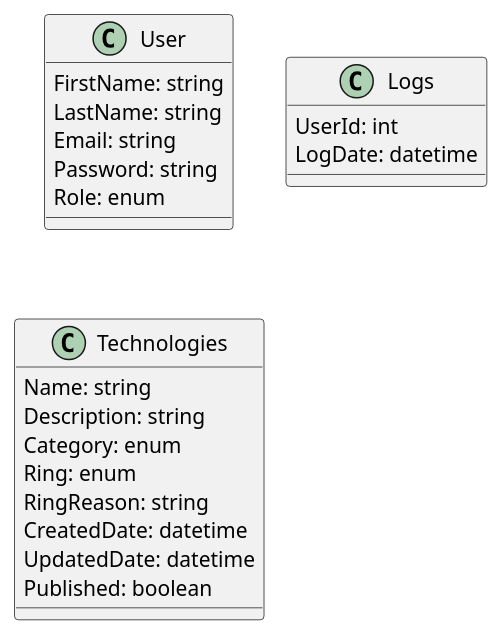
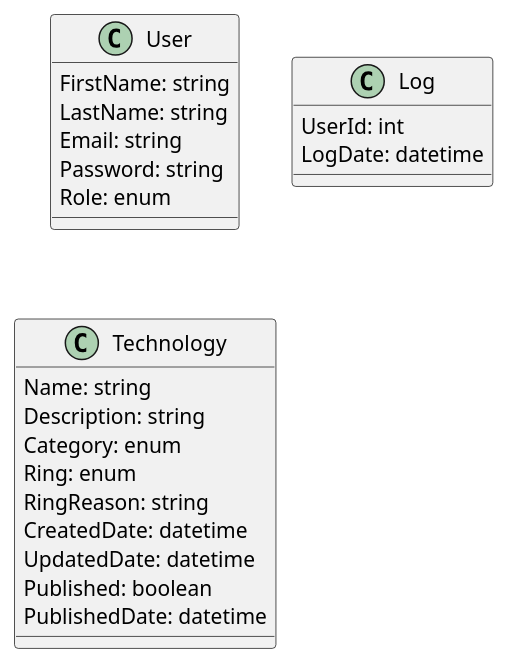
The diagram in doc/db-schema.puml (Livio2000/weblab-technologie-radar), drawn with PlantUML before and after one commit. The commit also changed 6 other files, not shown here.

```diff
--- a/doc/db-schema.puml
+++ b/doc/db-schema.puml
@@ -1,27 +1,28 @@
 @startuml db-schema
 
 class User {
     FirstName: string
     LastName: string
     Email: string
     Password: string
     Role: enum
 }
 
-class Logs {
+class Log {
     UserId: int
     LogDate: datetime
 }
 
-class Technologies {
+class Technology {
     Name: string
     Description: string
     Category: enum
     Ring: enum
     RingReason: string
     CreatedDate: datetime
     UpdatedDate: datetime
     Published: boolean
+    PublishedDate: datetime
 }
 
 @enduml
```
